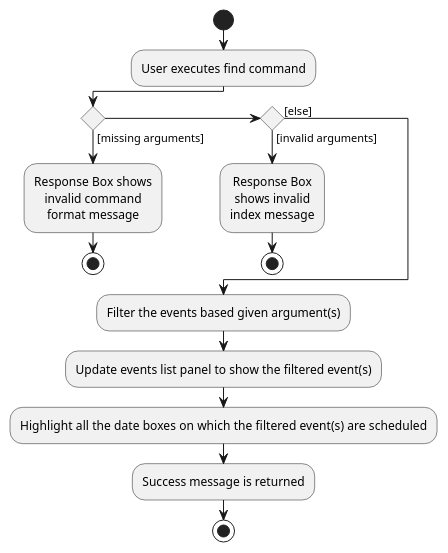
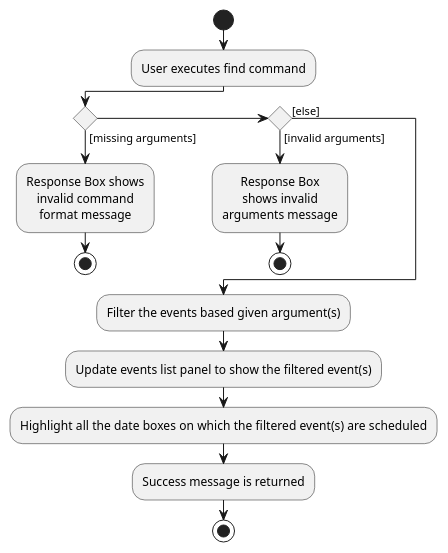
One commit to nus-cs2103-AY2223S2/tp changed the diagram in docs/diagrams/FindCommandActivityDiagram.puml. Above: the diagram before and after it, drawn with PlantUML. The commit also changed 1 other file, not shown here.

```diff
--- a/docs/diagrams/FindCommandActivityDiagram.puml
+++ b/docs/diagrams/FindCommandActivityDiagram.puml
@@ -1,26 +1,26 @@
 @startuml
 skinparam defaultTextAlignment center
 start
 :User executes find command;
 
 'Since the beta syntax does not support placing the condition outside the
 'diamond we place it as the true branch instead.
 
 if () then ([missing arguments])
     :Response Box shows
     invalid command
     format message;
 stop
 else if () then ([invalid arguments])
     :Response Box
     shows invalid
-    index message;
+    arguments message;
 stop
 else ([else])
 endif
 :Filter the events based given argument(s);
 :Update events list panel to show the filtered event(s);
 :Highlight all the date boxes on  which the filtered event(s) are scheduled;
 :Success message is returned;
 stop
 @enduml
```
